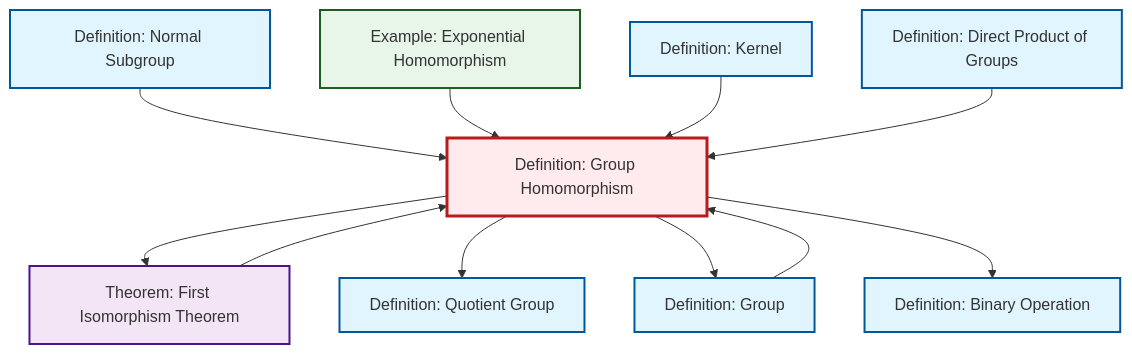
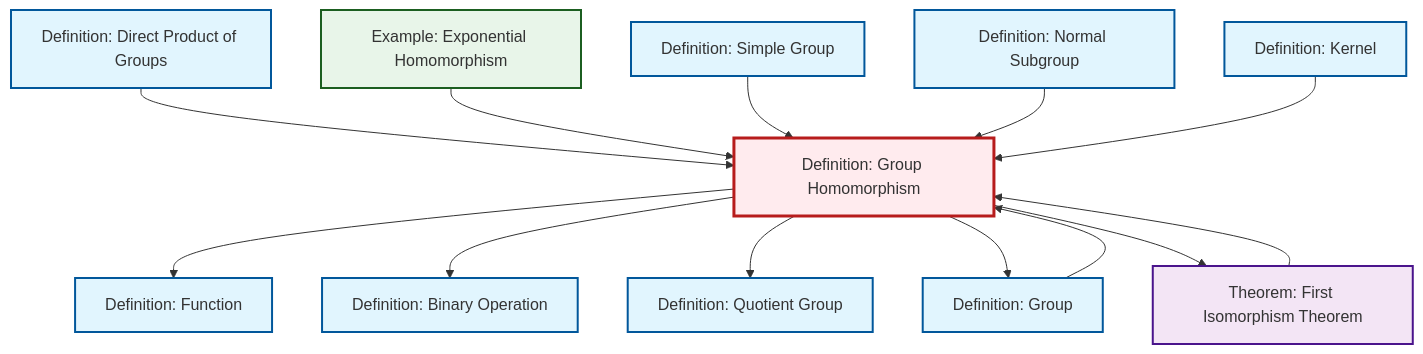
The diagram in content/en/algebra/def-homomorphism.qmd (RK0429/ModernMath), drawn with Mermaid before and after one commit. The commit also changed 554 other files, not shown here.

````diff
--- a/content/en/algebra/def-homomorphism.qmd
+++ b/content/en/algebra/def-homomorphism.qmd
@@ -62,37 +62,43 @@
 ```{mermaid}
 %%| fig-cap: "Local dependency graph"
 graph TD
     classDef definition fill:#e1f5fe,stroke:#01579b,stroke-width:2px
     classDef theorem fill:#f3e5f5,stroke:#4a148c,stroke-width:2px
     classDef axiom fill:#fff3e0,stroke:#e65100,stroke-width:2px
     classDef example fill:#e8f5e9,stroke:#1b5e20,stroke-width:2px
     classDef current fill:#ffebee,stroke:#b71c1c,stroke-width:3px
+    def-quotient-group["Definition: Quotient Group"]:::definition
+    ex-exponential-homomorphism["Example: Exponential Homomorphism"]:::example
+    def-direct-product["Definition: Direct Product of Groups"]:::definition
     def-kernel["Definition: Kernel"]:::definition
-    def-quotient-group["Definition: Quotient Group"]:::definition
+    def-simple-group["Definition: Simple Group"]:::definition
+    def-group["Definition: Group"]:::definition
+    def-binary-operation["Definition: Binary Operation"]:::definition
+    def-function["Definition: Function"]:::definition
+    def-homomorphism["Definition: Group Homomorphism"]:::definition
+    def-normal-subgroup["Definition: Normal Subgroup"]:::definition
     thm-first-isomorphism["Theorem: First Isomorphism Theorem"]:::theorem
-    def-group["Definition: Group"]:::definition
-    def-normal-subgroup["Definition: Normal Subgroup"]:::definition
-    def-binary-operation["Definition: Binary Operation"]:::definition
-    def-direct-product["Definition: Direct Product of Groups"]:::definition
-    ex-exponential-homomorphism["Example: Exponential Homomorphism"]:::example
-    def-homomorphism["Definition: Group Homomorphism"]:::definition
+    def-group --> def-homomorphism
+    def-direct-product --> def-homomorphism
+    def-homomorphism --> def-function
+    ex-exponential-homomorphism --> def-homomorphism
+    thm-first-isomorphism --> def-homomorphism
+    def-simple-group --> def-homomorphism
+    def-homomorphism --> def-binary-operation
+    def-homomorphism --> def-quotient-group
+    def-normal-subgroup --> def-homomorphism
+    def-homomorphism --> def-group
+    def-kernel --> def-homomorphism
     def-homomorphism --> thm-first-isomorphism
-    def-normal-subgroup --> def-homomorphism
-    def-group --> def-homomorphism
-    ex-exponential-homomorphism --> def-homomorphism
-    def-kernel --> def-homomorphism
-    def-direct-product --> def-homomorphism
-    thm-first-isomorphism --> def-homomorphism
-    def-homomorphism --> def-quotient-group
-    def-homomorphism --> def-group
-    def-homomorphism --> def-binary-operation
     class def-homomorphism current
+    click def-quotient-group "def-quotient-group.html" "Go to Quotient Group definition"
+    click ex-exponential-homomorphism "ex-exponential-homomorphism.html" "Go to Exponential Homomorphism example"
+    click def-direct-product "def-direct-product.html" "Go to Direct Product of Groups definition"
     click def-kernel "def-kernel.html" "Go to Kernel definition"
-    click def-quotient-group "def-quotient-group.html" "Go to Quotient Group definition"
+    click def-simple-group "def-simple-group.html" "Go to Simple Group definition"
+    click def-group "def-group.html" "Go to Group definition"
+    click def-binary-operation "def-binary-operation.html" "Go to Binary Operation definition"
+    click def-function "def-function.html" "Go to Function definition"
+    click def-normal-subgroup "def-normal-subgroup.html" "Go to Normal Subgroup definition"
     click thm-first-isomorphism "thm-first-isomorphism.html" "Go to First Isomorphism Theorem theorem"
-    click def-group "def-group.html" "Go to Group definition"
-    click def-normal-subgroup "def-normal-subgroup.html" "Go to Normal Subgroup definition"
-    click def-binary-operation "def-binary-operation.html" "Go to Binary Operation definition"
-    click def-direct-product "def-direct-product.html" "Go to Direct Product of Groups definition"
-    click ex-exponential-homomorphism "ex-exponential-homomorphism.html" "Go to Exponential Homomorphism example"
 ```
````
